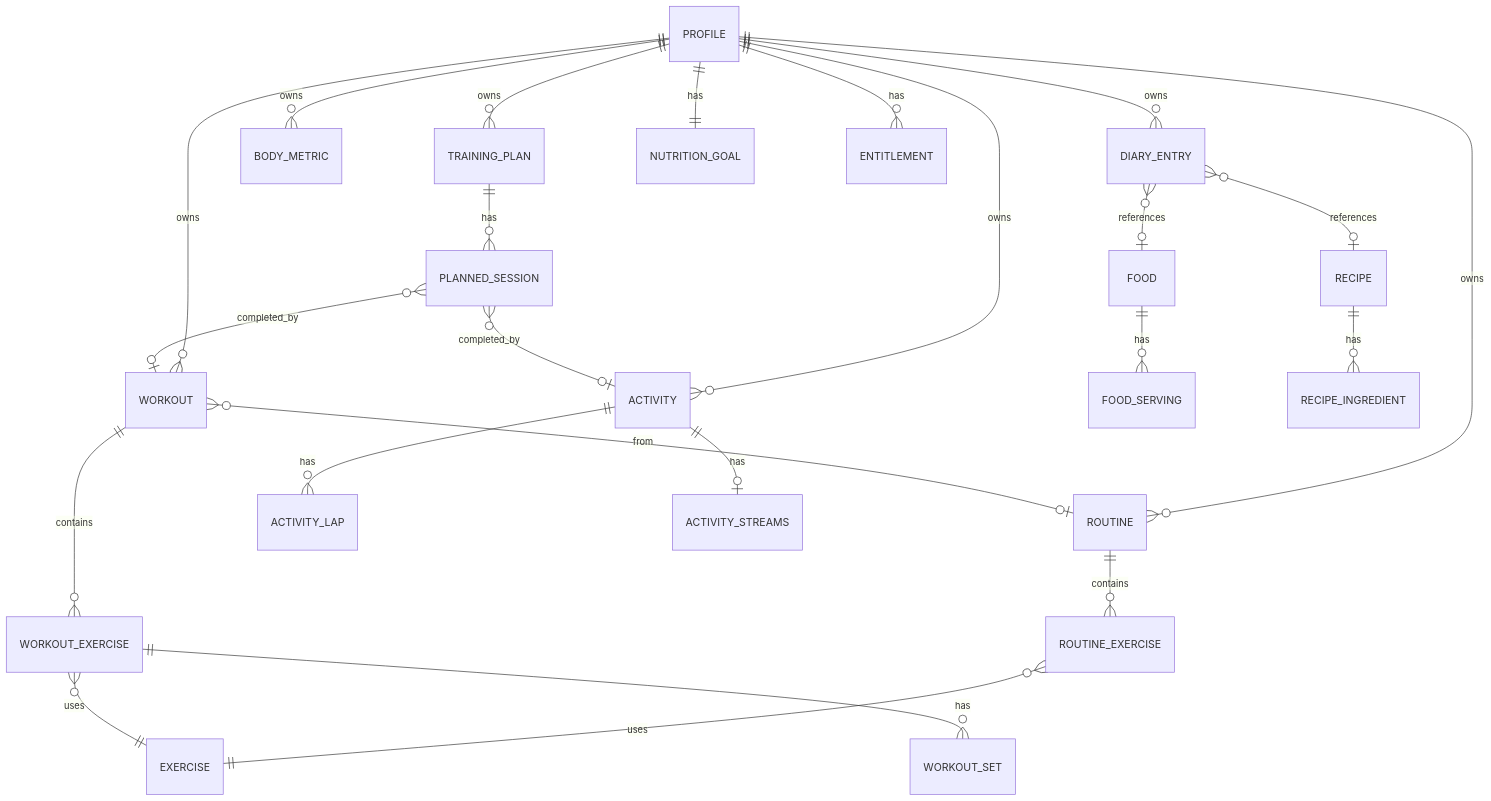
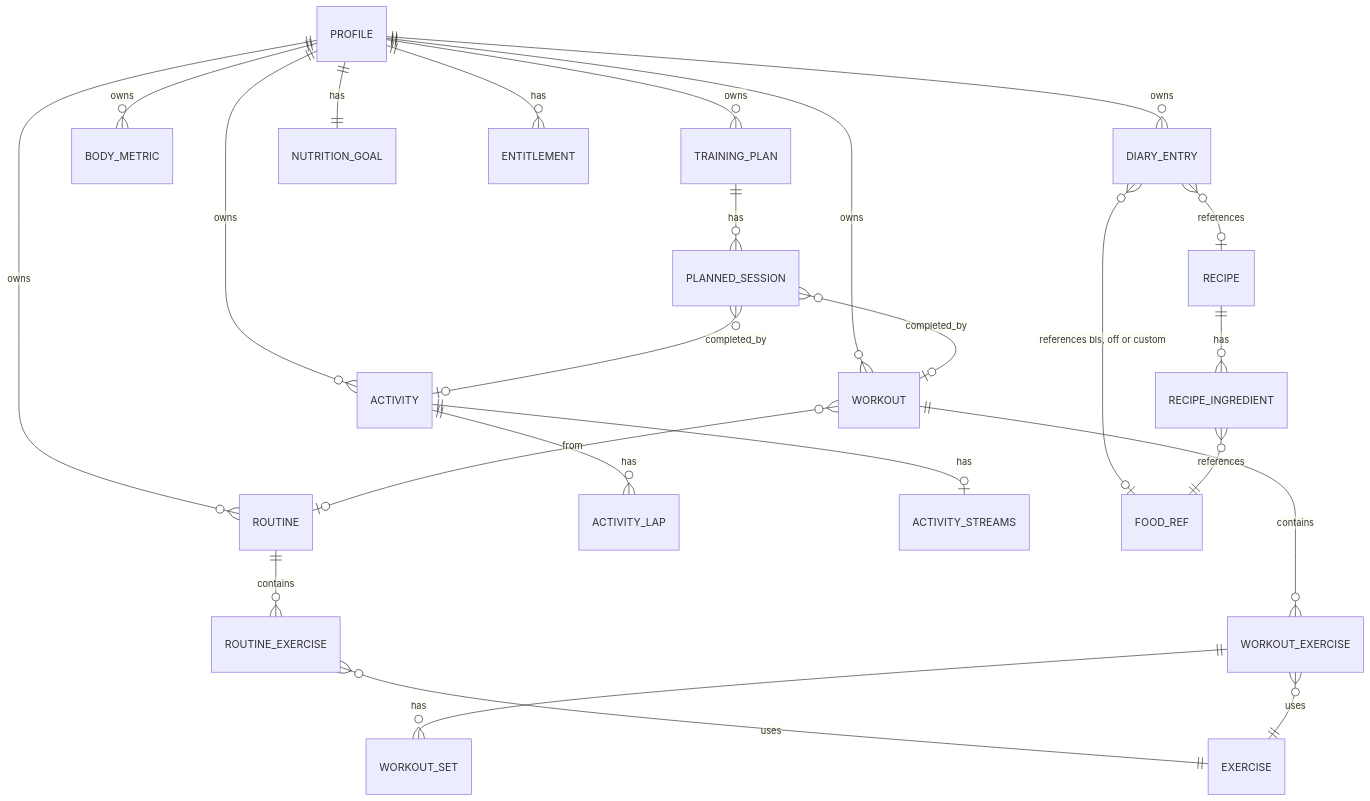
The diagram in docs/plan/03-domain-model.md (soeenplop/enduva), drawn with Mermaid before and after one commit. The commit also changed other lines of this file, not shown here.

First line of the commit message:
docs(plan): model food datasets and workout recording state separately

````diff
--- a/docs/plan/03-domain-model.md
+++ b/docs/plan/03-domain-model.md
@@ -10,30 +10,30 @@
 ```mermaid
 erDiagram
   PROFILE ||--o{ ACTIVITY : owns
   PROFILE ||--o{ WORKOUT : owns
   PROFILE ||--o{ ROUTINE : owns
   PROFILE ||--o{ DIARY_ENTRY : owns
   PROFILE ||--o{ BODY_METRIC : owns
   PROFILE ||--o{ TRAINING_PLAN : owns
   PROFILE ||--|| NUTRITION_GOAL : has
   PROFILE ||--o{ ENTITLEMENT : has
 
   ACTIVITY ||--o{ ACTIVITY_LAP : has
   ACTIVITY ||--o| ACTIVITY_STREAMS : has
 
   ROUTINE ||--o{ ROUTINE_EXERCISE : contains
   ROUTINE_EXERCISE }o--|| EXERCISE : uses
   WORKOUT ||--o{ WORKOUT_EXERCISE : contains
   WORKOUT_EXERCISE ||--o{ WORKOUT_SET : has
   WORKOUT_EXERCISE }o--|| EXERCISE : uses
   WORKOUT }o--o| ROUTINE : from
 
-  DIARY_ENTRY }o--o| FOOD : references
+  DIARY_ENTRY }o--o| FOOD_REF : "references bls, off or custom"
   DIARY_ENTRY }o--o| RECIPE : references
-  FOOD ||--o{ FOOD_SERVING : has
+  RECIPE_INGREDIENT }o--|| FOOD_REF : references
   RECIPE ||--o{ RECIPE_INGREDIENT : has
 
   TRAINING_PLAN ||--o{ PLANNED_SESSION : has
   PLANNED_SESSION }o--o| ACTIVITY : completed_by
   PLANNED_SESSION }o--o| WORKOUT : completed_by
 ```
````
